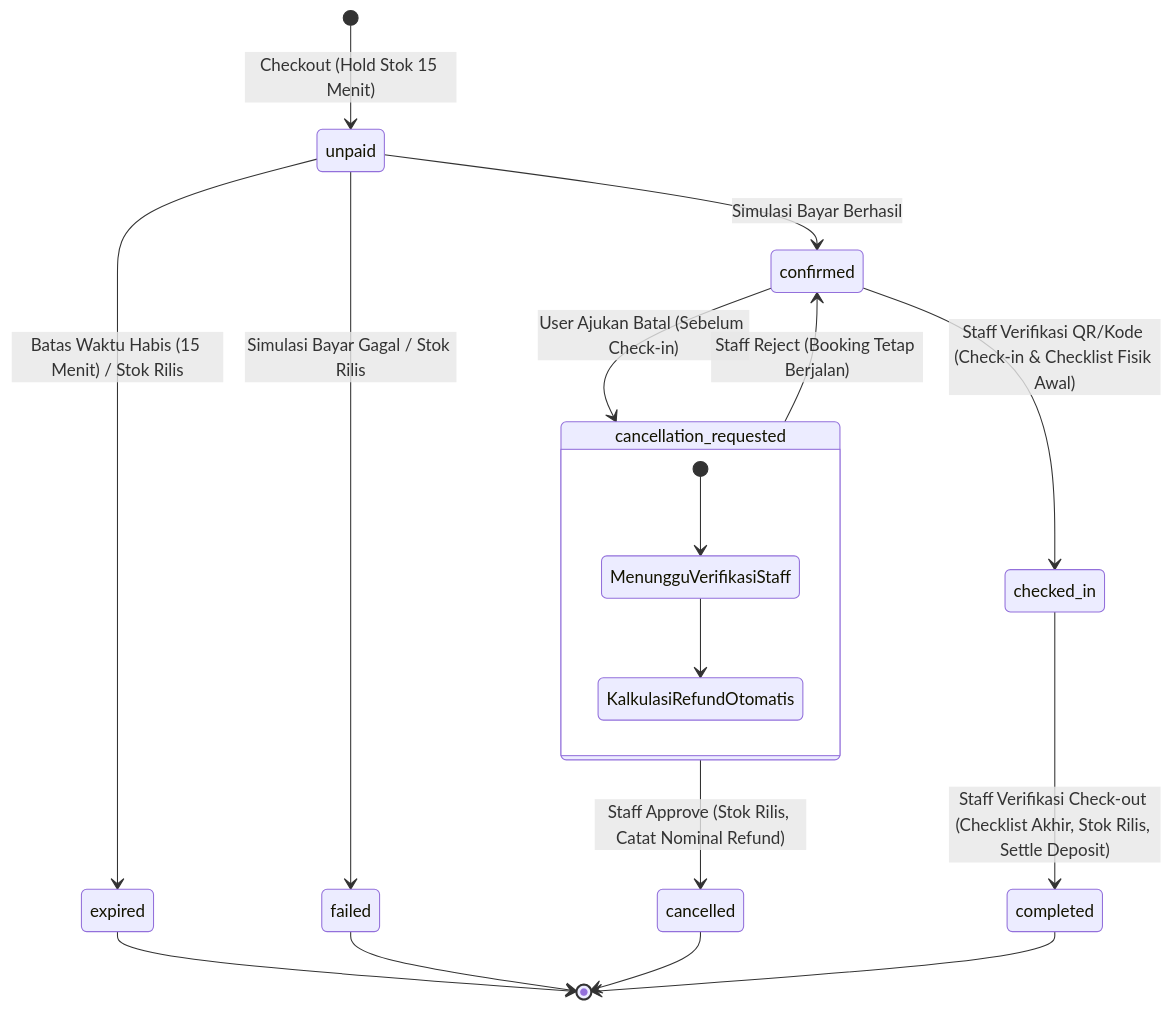
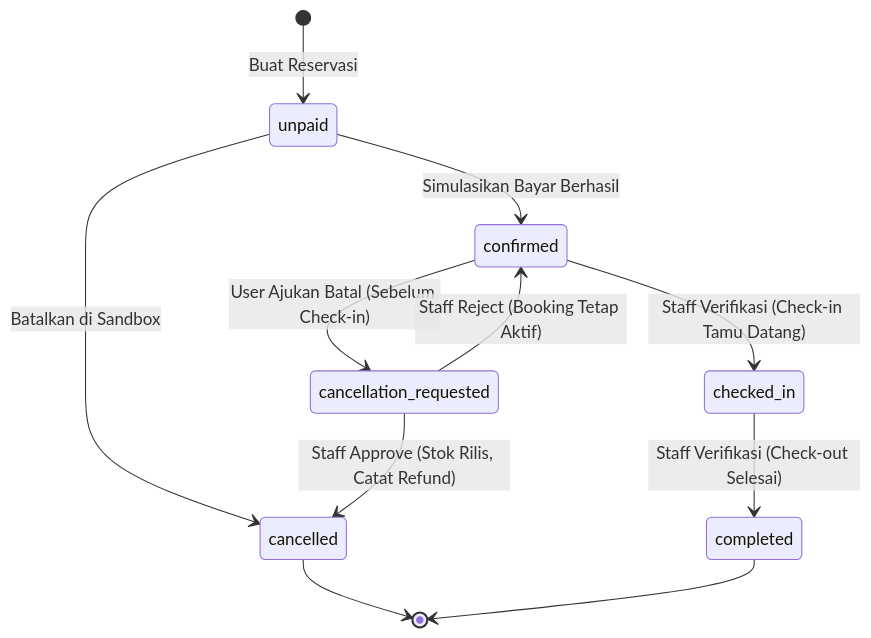
One commit to Davyrann/wisata-glamping changed the diagram in PRD.md. Above: the diagram before and after it, drawn with Mermaid. The commit also changed other lines of this file and 15 other files, not shown here.

````diff
--- a/PRD.md
+++ b/PRD.md
@@ -103,27 +102,18 @@
 ```mermaid
 stateDiagram-v2
-    [*] --> unpaid : Checkout (Hold Stok 15 Menit)
-
-    unpaid --> expired : Batas Waktu Habis (15 Menit) / Stok Rilis
-    unpaid --> failed : Simulasi Bayar Gagal / Stok Rilis
-    unpaid --> confirmed : Simulasi Bayar Berhasil
-
+    [*] --> unpaid : Buat Reservasi
+    
+    unpaid --> cancelled : Batalkan di Sandbox
+    unpaid --> confirmed : Simulasikan Bayar Berhasil
+    
     confirmed --> cancellation_requested : User Ajukan Batal (Sebelum Check-in)
     
-    state cancellation_requested {
-        [*] --> MenungguVerifikasiStaff
-        MenungguVerifikasiStaff --> KalkulasiRefundOtomatis
-    }
-
-    cancellation_requested --> confirmed : Staff Reject (Booking Tetap Berjalan)
-    cancellation_requested --> cancelled : Staff Approve (Stok Rilis, Catat Nominal Refund)
-
-    confirmed --> checked_in : Staff Verifikasi QR/Kode (Check-in & Checklist Fisik Awal)
+    cancellation_requested --> confirmed : Staff Reject (Booking Tetap Aktif)
+    cancellation_requested --> cancelled : Staff Approve (Stok Rilis, Catat Refund)
     
-    checked_in --> completed : Staff Verifikasi Check-out (Checklist Akhir, Stok Rilis, Settle Deposit)
-
-    expired --> [*]
-    failed --> [*]
+    confirmed --> checked_in : Staff Verifikasi (Check-in Tamu Datang)
+    checked_in --> completed : Staff Verifikasi (Check-out Selesai)
+    
     cancelled --> [*]
     completed --> [*]
 ```
````
